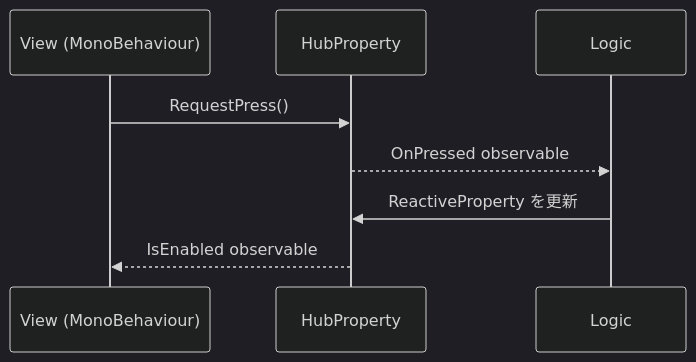
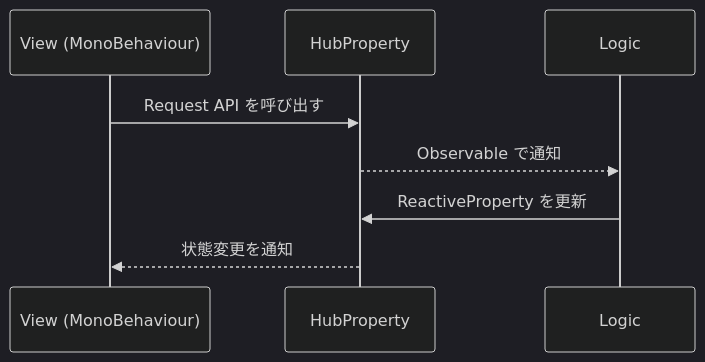
One commit to covagame/unity-logic-view-hub changed the second of 6 diagrams in doc/README.ja.md. Above: the diagram before and after it, drawn with Mermaid (dark theme). The commit also changed other lines of this file and 2 other files, not shown here.

````diff
--- a/doc/README.ja.md
+++ b/doc/README.ja.md
@@ -59,11 +47,11 @@
 ```mermaid
 sequenceDiagram
     participant View as View (MonoBehaviour)
     participant Hub as HubProperty
     participant Logic as Logic
 
-    View->>Hub: RequestPress()
-    Hub-->>Logic: OnPressed observable
+    View->>Hub: Request API を呼び出す
+    Hub-->>Logic: Observable で通知
     Logic->>Hub: ReactiveProperty を更新
-    Hub-->>View: IsEnabled observable
+    Hub-->>View: 状態変更を通知
 ```
````
